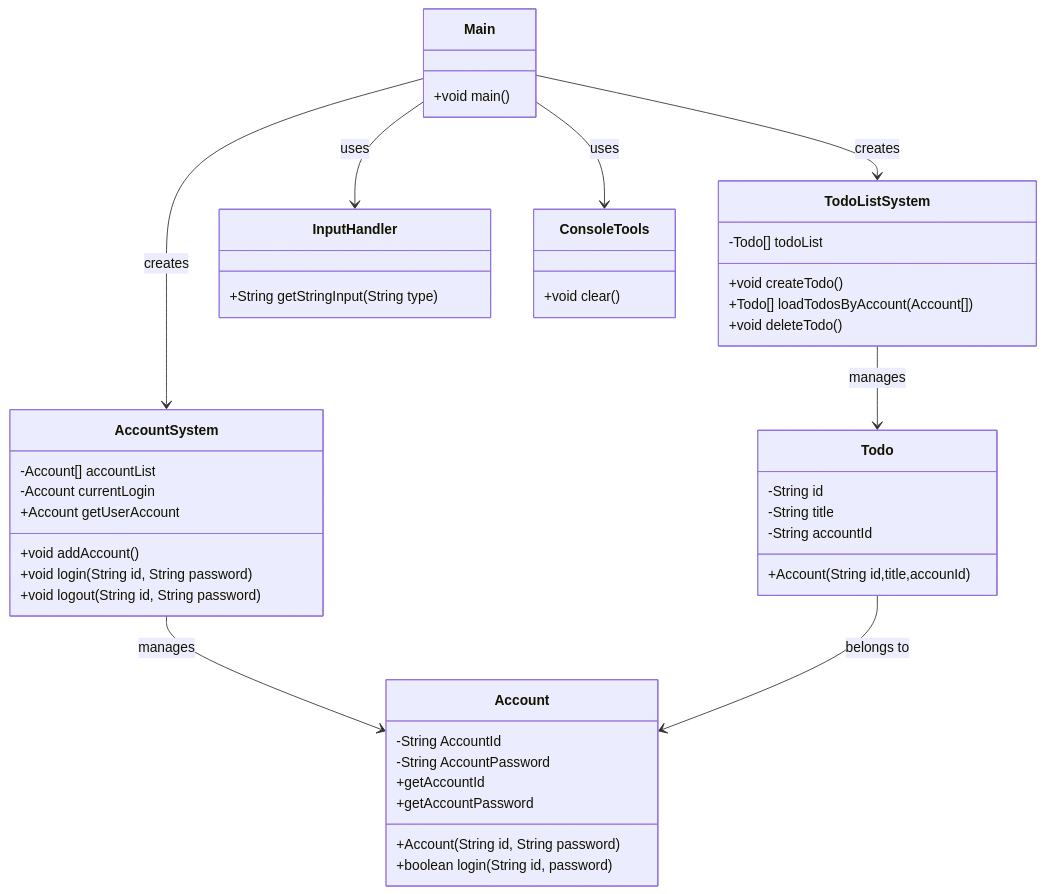
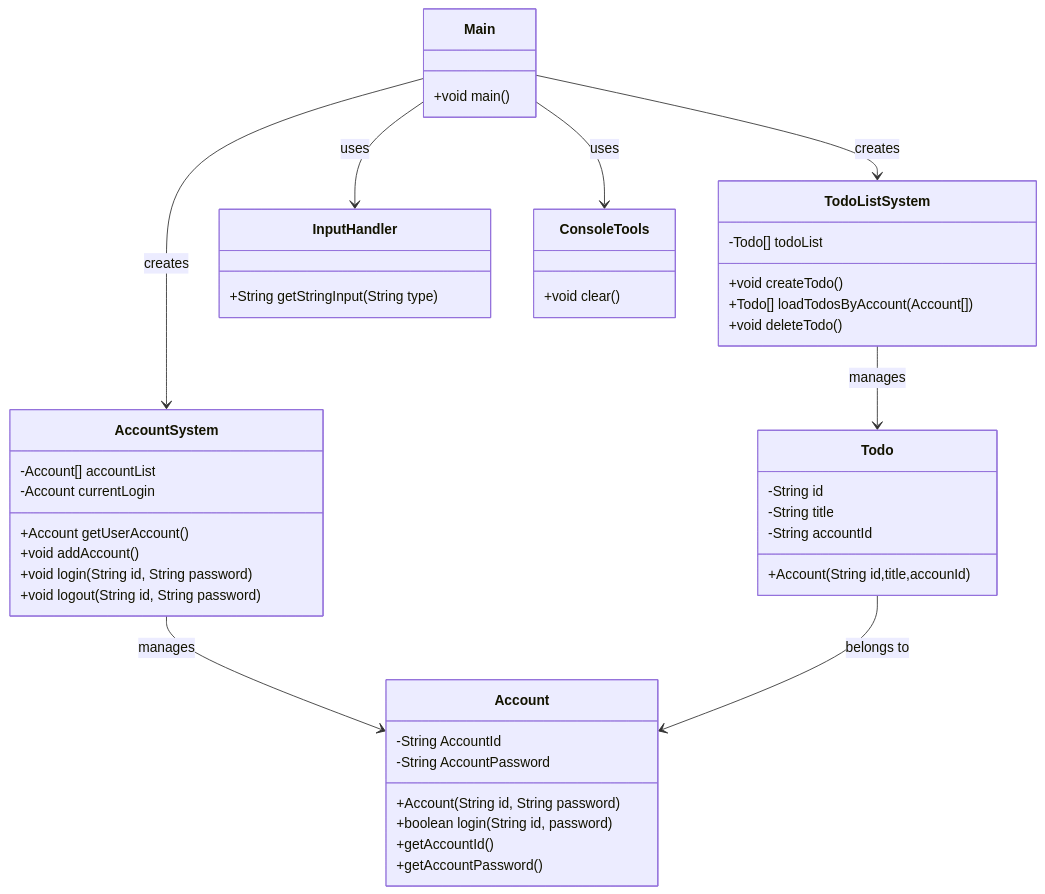
The diagram in src/TodoListWithAccountSystem/todo-list-class-diagram.mermaid (gwongibeom/java_scratch), drawn with Mermaid before and after one commit.

Commit message:
(프로젝트) 머메이드 오탈자 수정

```diff
--- a/src/TodoListWithAccountSystem/todo-list-class-diagram.mermaid
+++ b/src/TodoListWithAccountSystem/todo-list-class-diagram.mermaid
@@ -1,53 +1,53 @@
 classDiagram
     class Todo {
         -String id
         -String title
         -String accountId
         +Account(String id,title,accounId)
     }
 
     class TodoListSystem {
         -Todo[] todoList
         +void createTodo()
         +Todo[] loadTodosByAccount(Account[])
         +void deleteTodo()
     }
 
     class Account {
         -String AccountId
         -String AccountPassword
         +Account(String id, String password)
         +boolean login(String id, password)
-        +getAccountId
-        +getAccountPassword
+        +getAccountId()
+        +getAccountPassword()
 
     }
 
     class AccountSystem {
         -Account[] accountList
         -Account currentLogin
+        +Account getUserAccount()
         +void addAccount()
-        +Account getUserAccount
         +void login(String id, String password)
         +void logout(String id, String password)
     }
 
     class InputHandler {
         +String getStringInput(String type)
     }
 
     class ConsoleTools {
         +void clear()
     }
 
     class Main {
         +void main()
     }
 
     Main --> AccountSystem : creates
     Main --> TodoListSystem : creates
     Main --> InputHandler : uses
     Main --> ConsoleTools : uses
     TodoListSystem --> Todo : manages
     AccountSystem --> Account : manages
     Todo --> Account : belongs to
```
